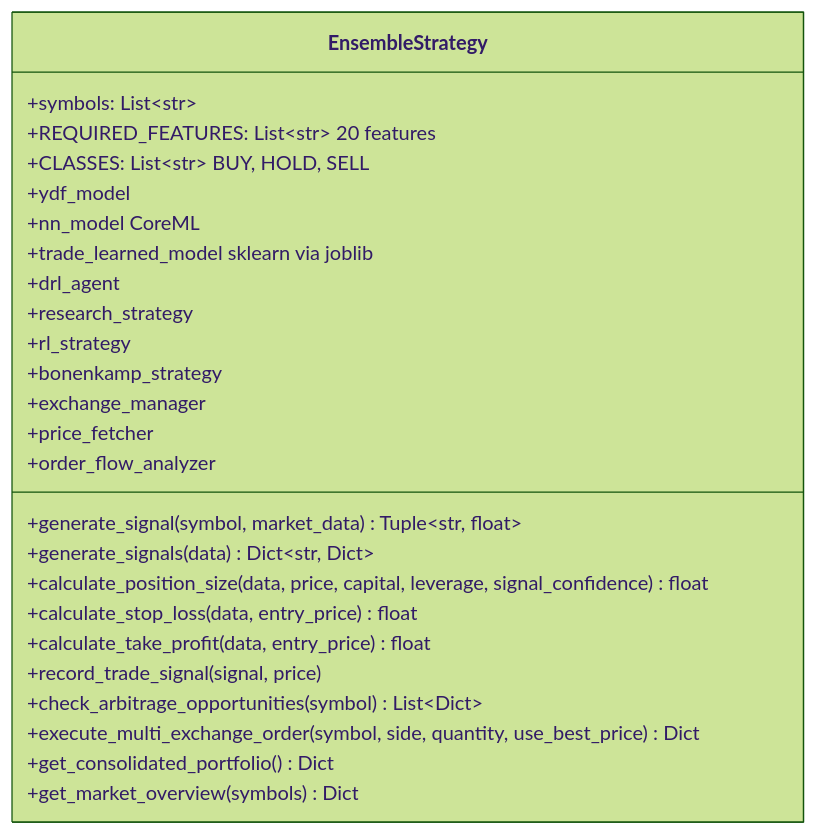
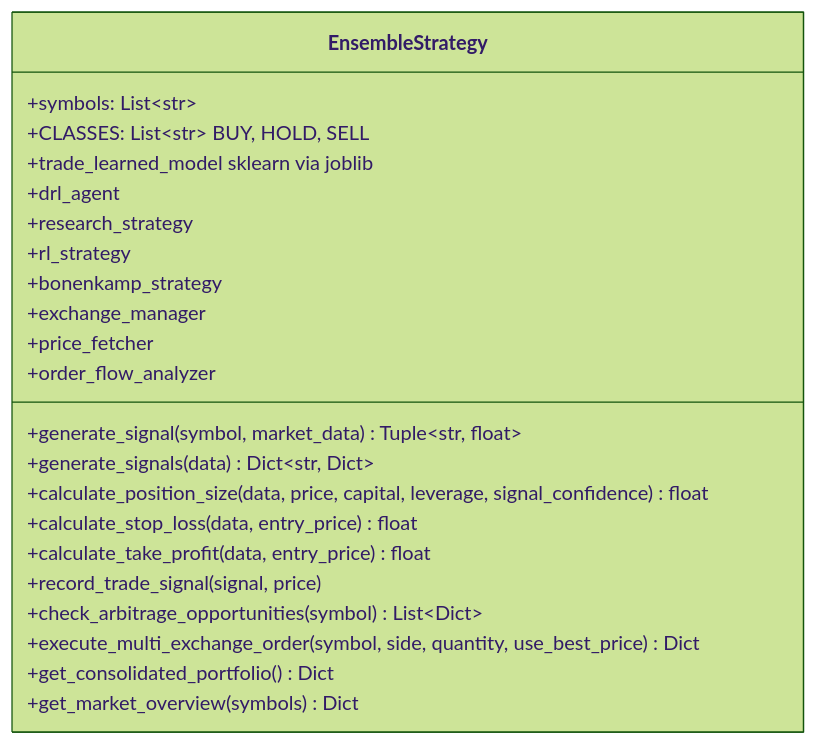
One commit to cluster2600/ELVIS changed the third of 9 diagrams in docs/trading_system.md. Above: the diagram before and after it, drawn with Mermaid (forest theme). The commit also changed other lines of this file and 35 other files, not shown here.

````diff
--- a/docs/trading_system.md
+++ b/docs/trading_system.md
@@ -127,28 +127,25 @@
 ```mermaid
 classDiagram
     class EnsembleStrategy {
         +symbols: List~str~
-        +REQUIRED_FEATURES: List~str~  20 features
         +CLASSES: List~str~  BUY, HOLD, SELL
-        +ydf_model
-        +nn_model  CoreML
         +trade_learned_model  sklearn via joblib
         +drl_agent
         +research_strategy
         +rl_strategy
         +bonenkamp_strategy
         +exchange_manager
         +price_fetcher
         +order_flow_analyzer
         +generate_signal(symbol, market_data) Tuple~str, float~
         +generate_signals(data) Dict~str, Dict~
         +calculate_position_size(data, price, capital, leverage, signal_confidence) float
         +calculate_stop_loss(data, entry_price) float
         +calculate_take_profit(data, entry_price) float
         +record_trade_signal(signal, price)
         +check_arbitrage_opportunities(symbol) List~Dict~
         +execute_multi_exchange_order(symbol, side, quantity, use_best_price) Dict
         +get_consolidated_portfolio() Dict
         +get_market_overview(symbols) Dict
     }
 ```
````
